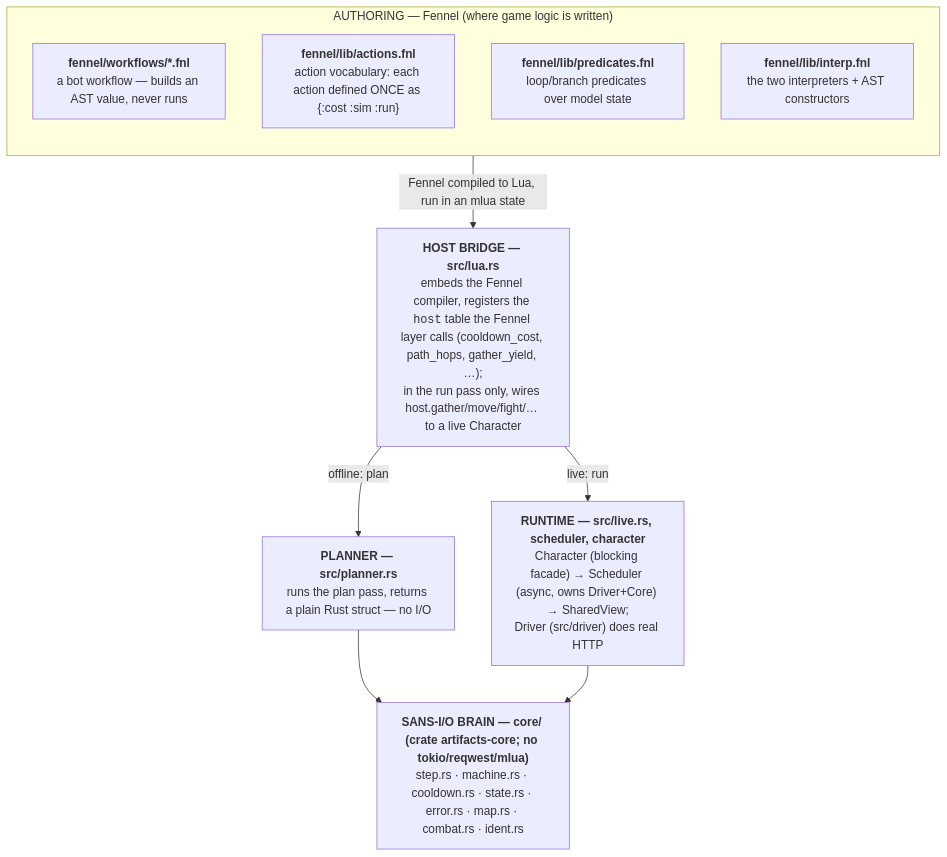
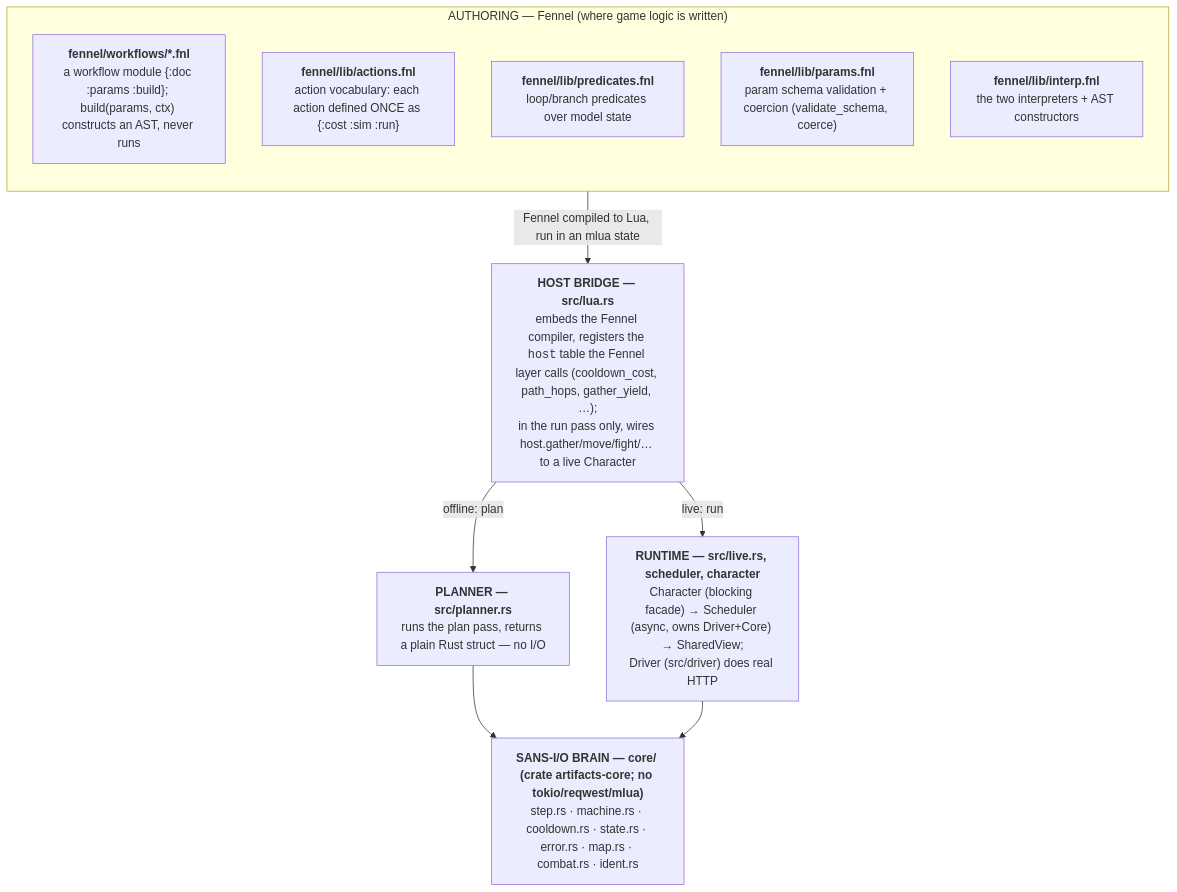
One commit to dfontana/artifacts changed the diagram in docs/ARCHITECTURE.md. Above: the diagram before and after it, drawn with Mermaid. The commit also changed other lines of this file and 23 other files, not shown here.

First line of the commit message:
M1: workflow-module protocol & parameters

````diff
--- a/docs/ARCHITECTURE.md
+++ b/docs/ARCHITECTURE.md
@@ -11,23 +11,24 @@
 ```mermaid
 flowchart TD
     subgraph authoring["AUTHORING — Fennel (where game logic is written)"]
         direction TB
-        wf["<b>fennel/workflows/*.fnl</b><br/>a bot workflow — builds an AST value, never runs"]
+        wf["<b>fennel/workflows/*.fnl</b><br/>a workflow module {:doc :params :build}; build(params, ctx) constructs an AST, never runs"]
         act["<b>fennel/lib/actions.fnl</b><br/>action vocabulary: each action defined ONCE as {:cost :sim :run}"]
         pred["<b>fennel/lib/predicates.fnl</b><br/>loop/branch predicates over model state"]
+        params["<b>fennel/lib/params.fnl</b><br/>param schema validation + coercion (validate_schema, coerce)"]
         interp["<b>fennel/lib/interp.fnl</b><br/>the two interpreters + AST constructors"]
     end
 
     bridge["<b>HOST BRIDGE — src/lua.rs</b><br/>embeds the Fennel compiler, registers the <code>host</code> table the Fennel layer calls (cooldown_cost, path_hops, gather_yield, …);<br/>in the run pass only, wires host.gather/move/fight/… to a live Character"]
 
     planner["<b>PLANNER — src/planner.rs</b><br/>runs the plan pass, returns a plain Rust struct — no I/O"]
     runtime["<b>RUNTIME — src/live.rs, scheduler, character</b><br/>Character (blocking facade) → Scheduler (async, owns Driver+Core) → SharedView;<br/>Driver (src/driver) does real HTTP"]
 
     core["<b>SANS-I/O BRAIN — core/ (crate artifacts-core; no tokio/reqwest/mlua)</b><br/>step.rs · machine.rs · cooldown.rs · state.rs · error.rs · map.rs · combat.rs · ident.rs"]
 
     authoring -->|"Fennel compiled to Lua, run in an mlua state"| bridge
     bridge -->|"offline: plan"| planner
     bridge -->|"live: run"| runtime
     planner --> core
     runtime --> core
 ```
````
